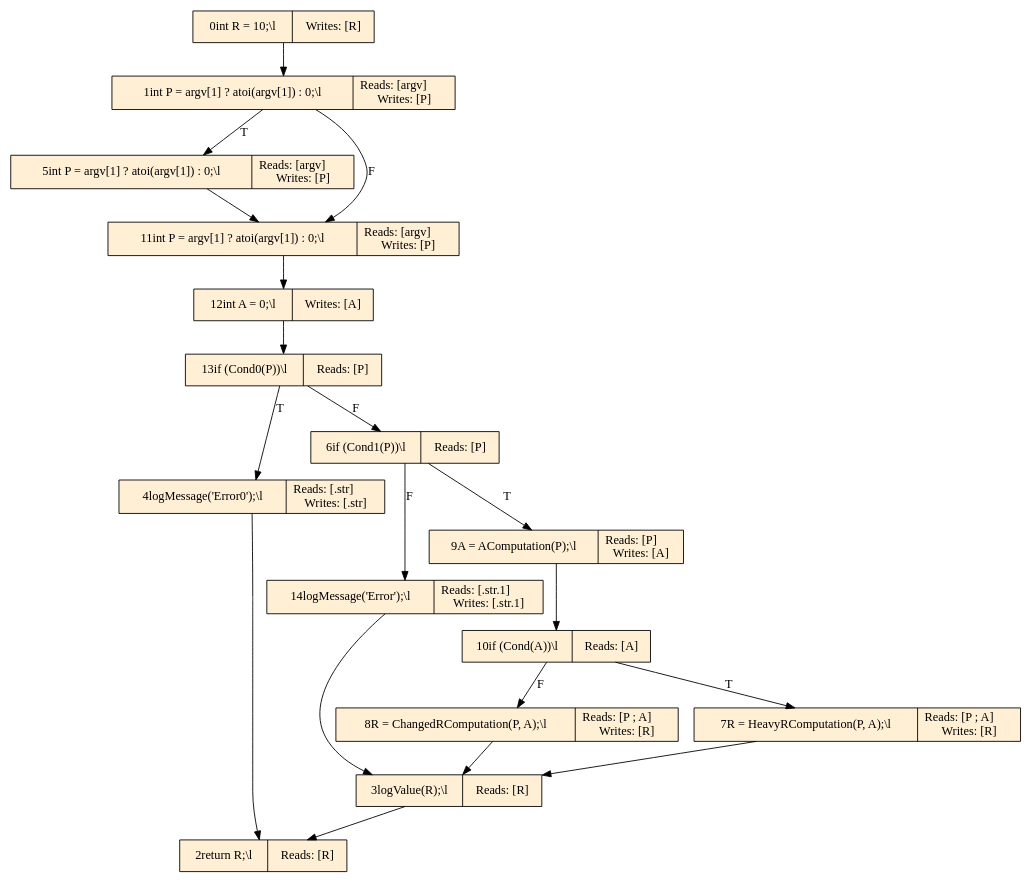
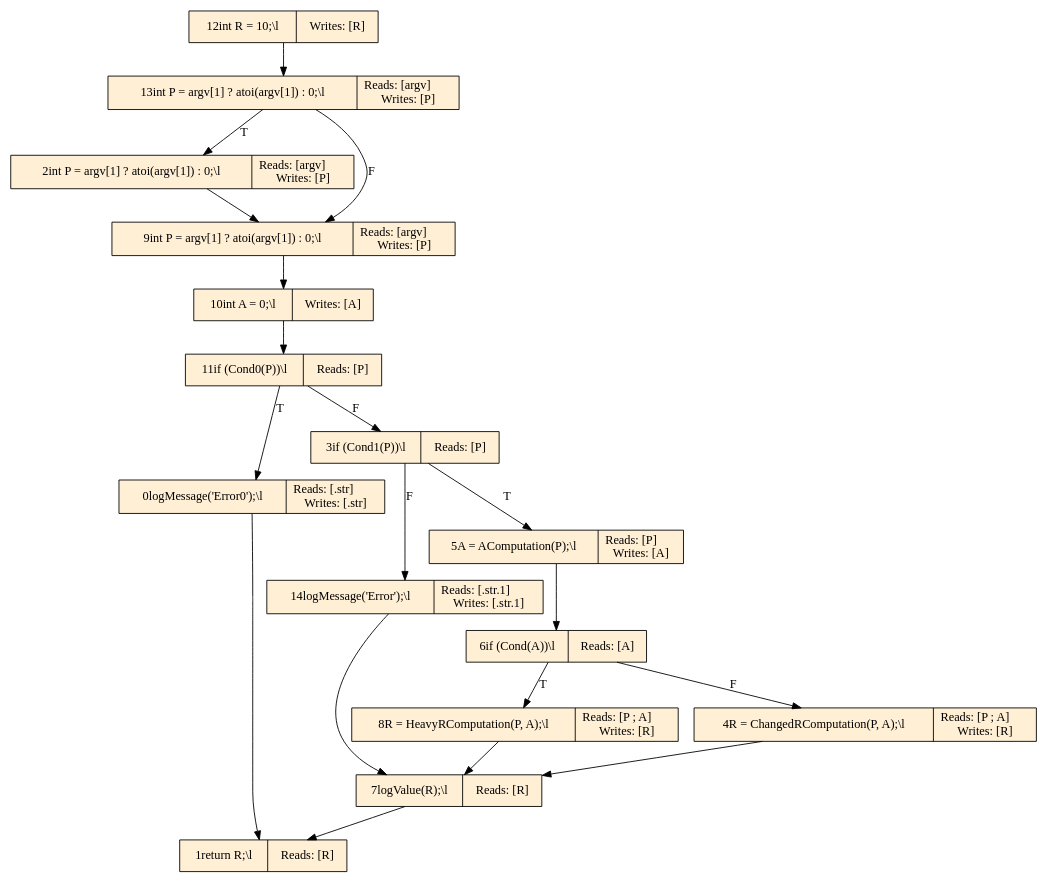
The diagram in exampleFiles/dots/llvm/PUA_llvmAnalyzed_DOT.dot (FelicitasGarcia/MimicryMonitor), drawn with Graphviz before and after one commit. The commit also changed 21 other files, not shown here.

```diff
--- a/exampleFiles/dots/llvm/PUA_llvmAnalyzed_DOT.dot
+++ b/exampleFiles/dots/llvm/PUA_llvmAnalyzed_DOT.dot
@@ -1,35 +1,35 @@
 digraph LLVMOG {
-5 [shape = record, label="5int P = argv[1] ? atoi(argv[1]) : 0;\\l | Reads: [argv] \l Writes: [P]", style=filled, fillcolor="papayawhip"];
-2 [shape = record, label="2return R;\\l | Reads: [R]", style=filled, fillcolor="papayawhip"];
-4 [shape = record, label="4logMessage('Error0');\\l | Reads: [.str] \l Writes: [.str]", style=filled, fillcolor="papayawhip"];
-6 [shape = record, label="6if (Cond1(P))\\l | Reads: [P]", style=filled, fillcolor="papayawhip"];
-0 [shape = record, label="0int R = 10;\\l | Writes: [R]", style=filled, fillcolor="papayawhip"];
+0 [shape = record, label="0logMessage('Error0');\\l | Reads: [.str] \l Writes: [.str]", style=filled, fillcolor="papayawhip"];
+1 [shape = record, label="1return R;\\l | Reads: [R]", style=filled, fillcolor="papayawhip"];
+12 [shape = record, label="12int R = 10;\\l | Writes: [R]", style=filled, fillcolor="papayawhip"];
+7 [shape = record, label="7logValue(R);\\l | Reads: [R]", style=filled, fillcolor="papayawhip"];
+8 [shape = record, label="8R = HeavyRComputation(P, A);\\l | Reads: [P ; A] \l Writes: [R]", style=filled, fillcolor="papayawhip"];
+13 [shape = record, label="13int P = argv[1] ? atoi(argv[1]) : 0;\\l | Reads: [argv] \l Writes: [P]", style=filled, fillcolor="papayawhip"];
+3 [shape = record, label="3if (Cond1(P))\\l | Reads: [P]", style=filled, fillcolor="papayawhip"];
 14 [shape = record, label="14logMessage('Error');\\l | Reads: [.str.1] \l Writes: [.str.1]", style=filled, fillcolor="papayawhip"];
-3 [shape = record, label="3logValue(R);\\l | Reads: [R]", style=filled, fillcolor="papayawhip"];
-1 [shape = record, label="1int P = argv[1] ? atoi(argv[1]) : 0;\\l | Reads: [argv] \l Writes: [P]", style=filled, fillcolor="papayawhip"];
-8 [shape = record, label="8R = ChangedRComputation(P, A);\\l | Reads: [P ; A] \l Writes: [R]", style=filled, fillcolor="papayawhip"];
-9 [shape = record, label="9A = AComputation(P);\\l | Reads: [P] \l Writes: [A]", style=filled, fillcolor="papayawhip"];
-10 [shape = record, label="10if (Cond(A))\\l | Reads: [A]", style=filled, fillcolor="papayawhip"];
-12 [shape = record, label="12int A = 0;\\l | Writes: [A]", style=filled, fillcolor="papayawhip"];
-7 [shape = record, label="7R = HeavyRComputation(P, A);\\l | Reads: [P ; A] \l Writes: [R]", style=filled, fillcolor="papayawhip"];
-11 [shape = record, label="11int P = argv[1] ? atoi(argv[1]) : 0;\\l | Reads: [argv] \l Writes: [P]", style=filled, fillcolor="papayawhip"];
-13 [shape = record, label="13if (Cond0(P))\\l | Reads: [P]", style=filled, fillcolor="papayawhip"];
-0 -> 1 [label="", id= 0];
+2 [shape = record, label="2int P = argv[1] ? atoi(argv[1]) : 0;\\l | Reads: [argv] \l Writes: [P]", style=filled, fillcolor="papayawhip"];
+4 [shape = record, label="4R = ChangedRComputation(P, A);\\l | Reads: [P ; A] \l Writes: [R]", style=filled, fillcolor="papayawhip"];
+5 [shape = record, label="5A = AComputation(P);\\l | Reads: [P] \l Writes: [A]", style=filled, fillcolor="papayawhip"];
+6 [shape = record, label="6if (Cond(A))\\l | Reads: [A]", style=filled, fillcolor="papayawhip"];
+10 [shape = record, label="10int A = 0;\\l | Writes: [A]", style=filled, fillcolor="papayawhip"];
+9 [shape = record, label="9int P = argv[1] ? atoi(argv[1]) : 0;\\l | Reads: [argv] \l Writes: [P]", style=filled, fillcolor="papayawhip"];
+11 [shape = record, label="11if (Cond0(P))\\l | Reads: [P]", style=filled, fillcolor="papayawhip"];
+5 -> 6 [label="", id= 0];
 9 -> 10 [label="", id= 1];
-11 -> 12 [label="", id= 2];
+10 -> 11 [label="", id= 2];
 12 -> 13 [label="", id= 3];
-1 -> 5 [label="T", id= 4];
-1 -> 11 [label="F", id= 5];
-5 -> 11 [label="", id= 6];
-13 -> 4 [label="T", id= 7];
-13 -> 6 [label="F", id= 8];
-4 -> 2 [label="", id= 9];
-6 -> 9 [label="T", id= 10];
-6 -> 14 [label="F", id= 11];
-10 -> 7 [label="T", id= 12];
-10 -> 8 [label="F", id= 13];
-7 -> 3 [label="", id= 14];
-8 -> 3 [label="", id= 15];
-14 -> 3 [label="", id= 16];
-3 -> 2 [label="", id= 17];
+13 -> 2 [label="T", id= 4];
+13 -> 9 [label="F", id= 5];
+2 -> 9 [label="", id= 6];
+11 -> 0 [label="T", id= 7];
+11 -> 3 [label="F", id= 8];
+0 -> 1 [label="", id= 9];
+3 -> 5 [label="T", id= 10];
+3 -> 14 [label="F", id= 11];
+6 -> 8 [label="T", id= 12];
+6 -> 4 [label="F", id= 13];
+8 -> 7 [label="", id= 14];
+4 -> 7 [label="", id= 15];
+14 -> 7 [label="", id= 16];
+7 -> 1 [label="", id= 17];
 }
```
